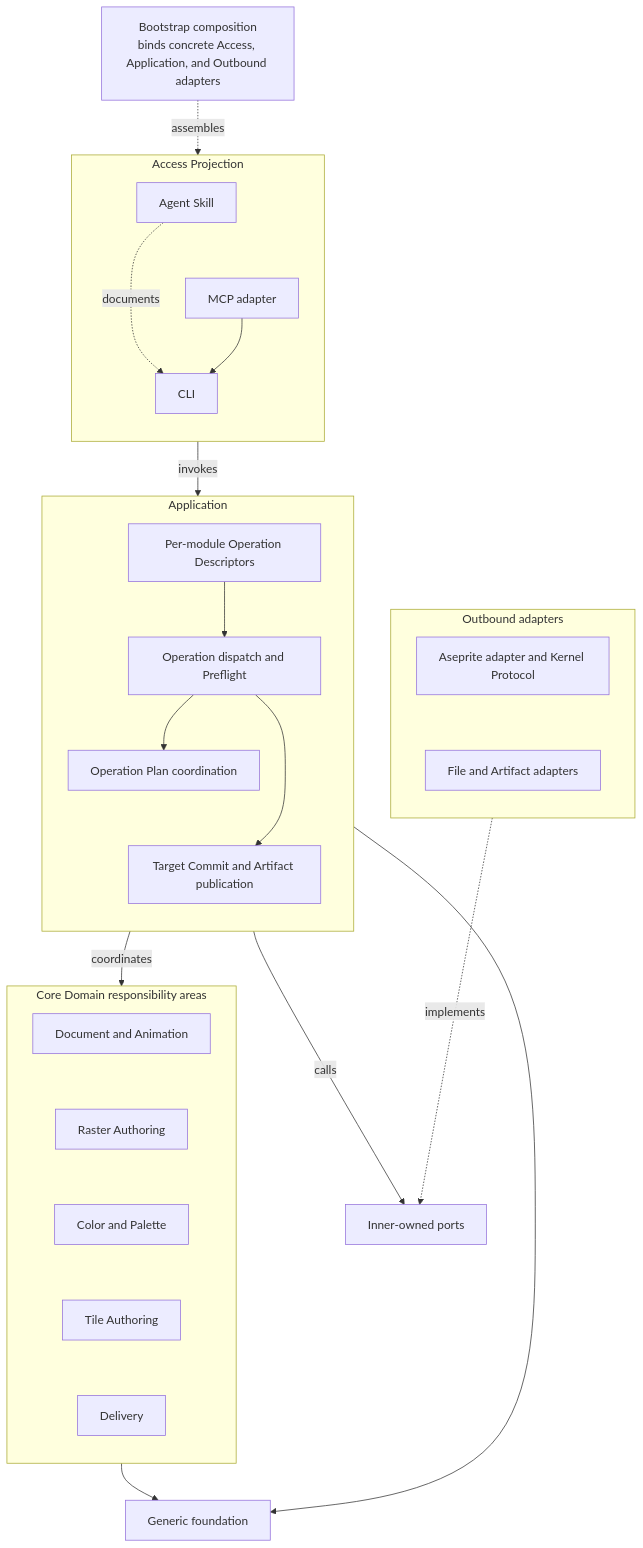
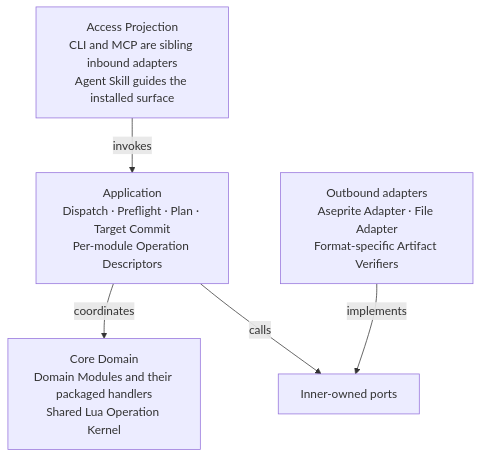
One commit to aigengame/aseprite-automation changed the third of 7 diagrams in ARCHITECTURE.md. Above: the diagram before and after it, drawn with Mermaid. The commit also changed other lines of this file and 4 other files, not shown here.

Commit message:
docs(architecture): close review boundary gaps

````diff
--- a/ARCHITECTURE.md
+++ b/ARCHITECTURE.md
@@ -187,57 +187,13 @@
 ```mermaid
 flowchart TB
-    subgraph Access[Access Projection]
-        direction TB
-        CLI[CLI]
-        MCP[MCP adapter]
-        Skill[Agent Skill]
-        Skill ~~~ MCP
-    end
+    Access["Access Projection<br/>CLI and MCP are sibling inbound adapters<br/>Agent Skill guides the installed surface"]
+    Application["Application<br/>Dispatch · Preflight · Plan · Target Commit<br/>Per-module Operation Descriptors"]
+    Core["Core Domain<br/>Domain Modules and their packaged handlers<br/>Shared Lua Operation Kernel"]
+    Ports[Inner-owned ports]
+    Outbound["Outbound adapters<br/>Aseprite Adapter · File Adapter<br/>Format-specific Artifact Verifiers"]
 
-    subgraph Application[Application]
-        direction TB
-        Dispatch[Operation dispatch and Preflight]
-        Plan[Operation Plan coordination]
-        Commit[Target Commit and Artifact publication]
-        Descriptors[Per-module Operation Descriptors]
-        Plan ~~~ Commit
-    end
-
-    subgraph Core[Core Domain responsibility areas]
-        direction TB
-        Document[Document and Animation]
-        Raster[Raster Authoring]
-        Color[Color and Palette]
-        Tile[Tile Authoring]
-        Delivery[Delivery]
-        Document ~~~ Raster
-        Raster ~~~ Color
-        Color ~~~ Tile
-        Tile ~~~ Delivery
-    end
-
-    Ports[Inner-owned ports]
-    Foundation[Generic foundation]
-
-    subgraph Outbound[Outbound adapters]
-        direction TB
-        Runtime[Aseprite adapter and Kernel Protocol]
-        FileAdapter[File and Artifact adapters]
-        Runtime ~~~ FileAdapter
-    end
-
-    Skill -. documents .-> CLI
-    MCP --> CLI
-    Descriptors --> Dispatch
-    Dispatch --> Plan
-    Dispatch --> Commit
-    Bootstrap["Bootstrap composition<br/>binds concrete Access, Application, and Outbound adapters"]
-
-    Bootstrap -. assembles .-> Access
     Access -->|invokes| Application
     Application -->|coordinates| Core
     Application -->|calls| Ports
-    Core --> Foundation
-    Application --> Foundation
-    Outbound -. implements .-> Ports
+    Outbound -->|implements| Ports
 ```
````
